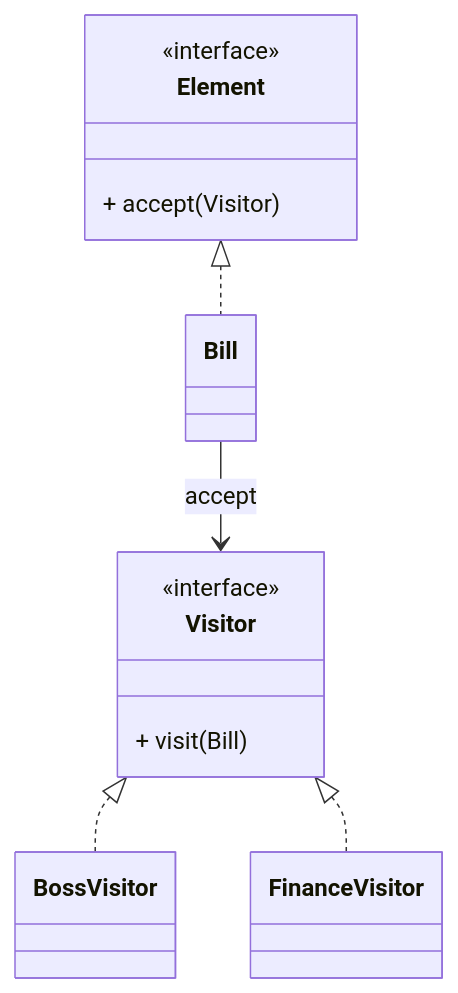
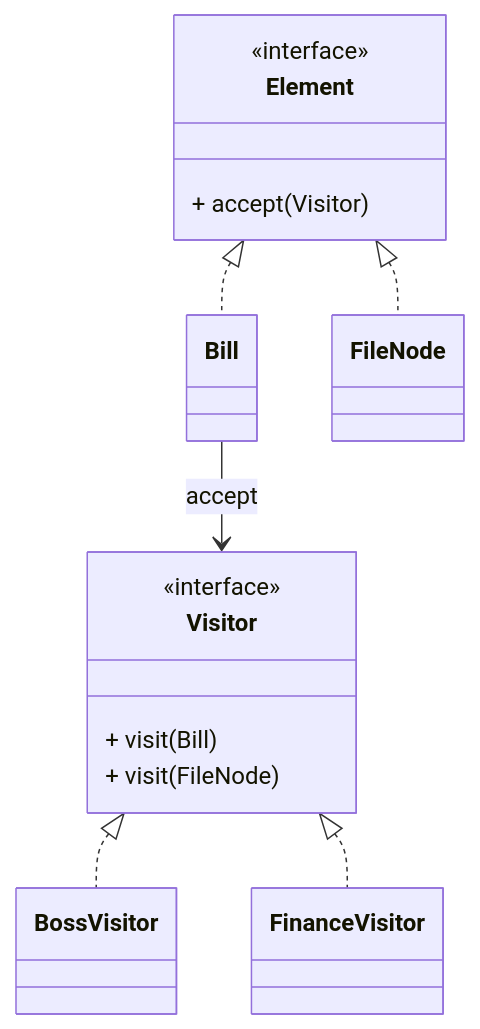
One commit to tghrxxxyyy/knowledge-base changed the diagram in 设计模式/行为型/访问者模式.md. Above: the diagram before and after it, drawn with Mermaid. The commit also changed other lines of this file and 101 other files, not shown here.

````diff
--- a/设计模式/行为型/访问者模式.md
+++ b/设计模式/行为型/访问者模式.md
@@ -10,18 +13,21 @@
 ```mermaid
 classDiagram
     class Element {
         <<interface>>
         + accept(Visitor)
     }
     class Bill
+    class FileNode
     class Visitor {
         <<interface>>
         + visit(Bill)
+        + visit(FileNode)
     }
     class BossVisitor
     class FinanceVisitor
     Element <|.. Bill
+    Element <|.. FileNode
     Visitor <|.. BossVisitor
     Visitor <|.. FinanceVisitor
     Bill --> Visitor : accept
 ```
````
